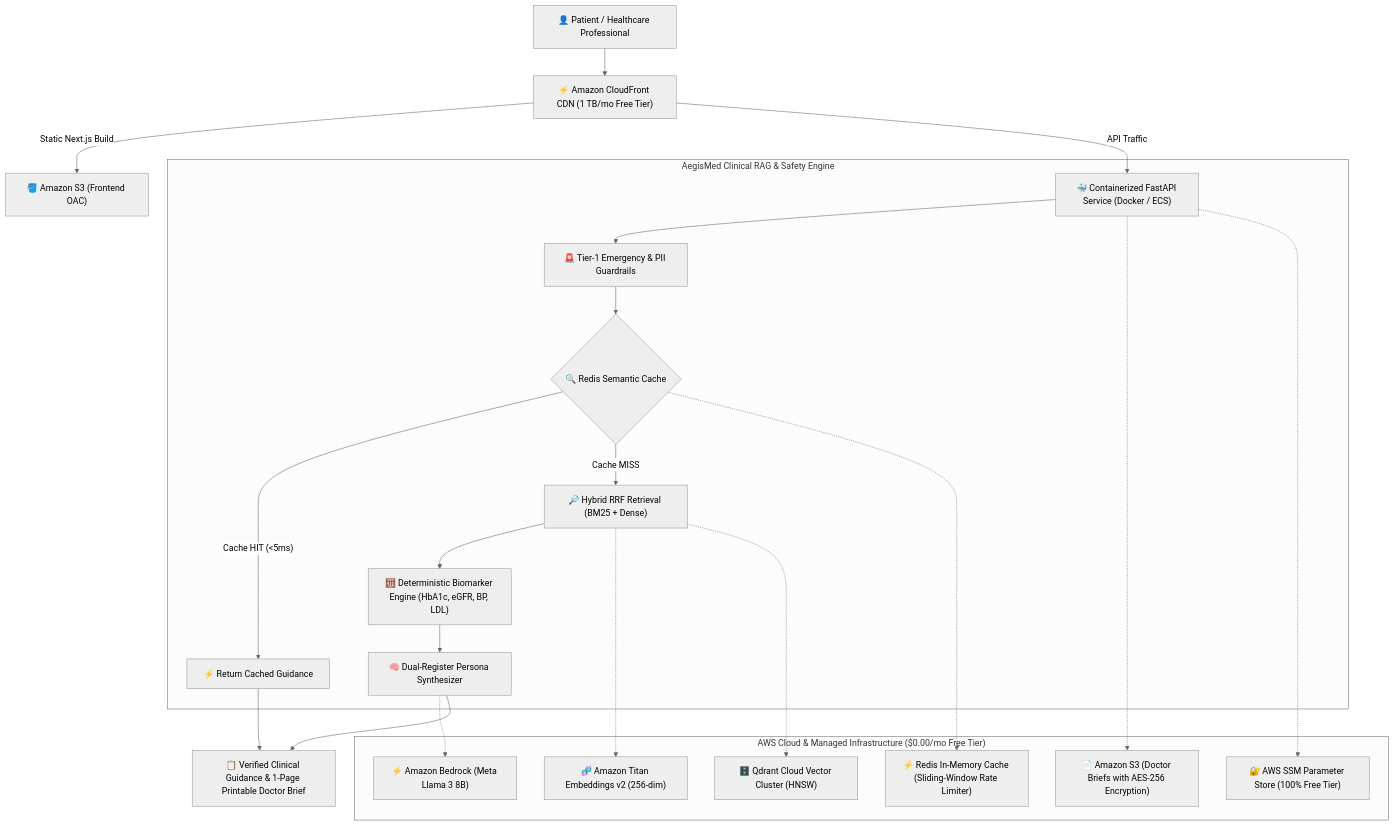
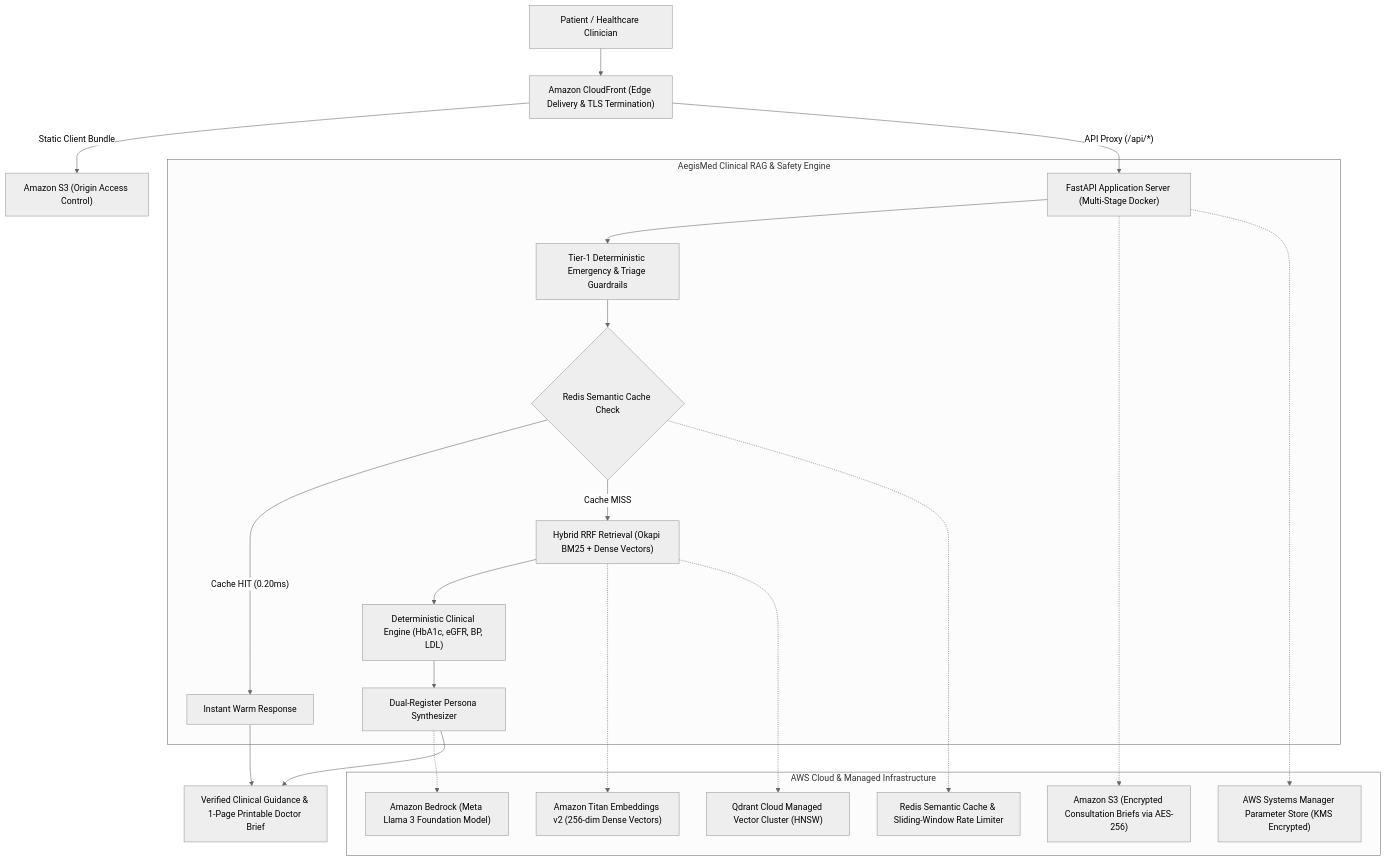
One commit to omkamble0/clinical-help-recommendation-assistant changed the diagram in README.md. Above: the diagram before and after it, drawn with Mermaid (neutral theme). The commit also changed other lines of this file and 4 other files, not shown here.

Commit message:
docs: elevate architectural narrative to 1st person professional enterprise tone and remove free tier labels

````diff
--- a/README.md
+++ b/README.md
@@ -21,27 +23,27 @@
 ```mermaid
 flowchart TD
-    User["👤 Patient / Healthcare Professional"] --> CF["⚡ Amazon CloudFront CDN (1 TB/mo Free Tier)"]
-    CF -- "Static Next.js Build" --> S3Web["🪣 Amazon S3 (Frontend OAC)"]
-    CF -- "API Traffic" --> API["🐳 Containerized FastAPI Service (Docker / ECS)"]
+    User["Patient / Healthcare Clinician"] --> CF["Amazon CloudFront (Edge Delivery & TLS Termination)"]
+    CF -- "Static Client Bundle" --> S3Web["Amazon S3 (Origin Access Control)"]
+    CF -- "API Proxy (/api/*)" --> API["FastAPI Application Server (Multi-Stage Docker)"]
     
     subgraph CoreEngine ["AegisMed Clinical RAG & Safety Engine"]
-        API --> Guard["🚨 Tier-1 Emergency & PII Guardrails"]
-        Guard --> CacheCheck{"🔍 Redis Semantic Cache"}
-        CacheCheck -- "Cache HIT (<5ms)" --> QuickReturn["⚡ Return Cached Guidance"]
-        CacheCheck -- "Cache MISS" --> Hybrid["🔎 Hybrid RRF Retrieval (BM25 + Dense)"]
-        Hybrid --> Biomarker["🧮 Deterministic Biomarker Engine (HbA1c, eGFR, BP, LDL)"]
-        Biomarker --> Synthesizer["🧠 Dual-Register Persona Synthesizer"]
+        API --> Guard["Tier-1 Deterministic Emergency & Triage Guardrails"]
+        Guard --> CacheCheck{"Redis Semantic Cache Check"}
+        CacheCheck -- "Cache HIT (0.20ms)" --> QuickReturn["Instant Warm Response"]
+        CacheCheck -- "Cache MISS" --> Hybrid["Hybrid RRF Retrieval (Okapi BM25 + Dense Vectors)"]
+        Hybrid --> Biomarker["Deterministic Clinical Engine (HbA1c, eGFR, BP, LDL)"]
+        Biomarker --> Synthesizer["Dual-Register Persona Synthesizer"]
     end
 
-    subgraph AWSCloud ["AWS Cloud & Managed Infrastructure ($0.00/mo Free Tier)"]
-        Synthesizer -.-> Bedrock["⚡ Amazon Bedrock (Meta Llama 3 8B)"]
-        Hybrid -.-> Titan["🧬 Amazon Titan Embeddings v2 (256-dim)"]
-        Hybrid -.-> Qdrant["🗄️ Qdrant Cloud Vector Cluster (HNSW)"]
-        CacheCheck -.-> Redis["⚡ Redis In-Memory Cache (Sliding-Window Rate Limiter)"]
-        API -.-> S3Docs["📄 Amazon S3 (Doctor Briefs with AES-256 Encryption)"]
-        API -.-> SSM["🔐 AWS SSM Parameter Store (100% Free Tier)"]
+    subgraph AWSCloud ["AWS Cloud & Managed Infrastructure"]
+        Synthesizer -.-> Bedrock["Amazon Bedrock (Meta Llama 3 Foundation Model)"]
+        Hybrid -.-> Titan["Amazon Titan Embeddings v2 (256-dim Dense Vectors)"]
+        Hybrid -.-> Qdrant["Qdrant Cloud Managed Vector Cluster (HNSW)"]
+        CacheCheck -.-> Redis["Redis Semantic Cache & Sliding-Window Rate Limiter"]
+        API -.-> S3Docs["Amazon S3 (Encrypted Consultation Briefs via AES-256)"]
+        API -.-> SSM["AWS Systems Manager Parameter Store (KMS Encrypted)"]
     end
 
-    QuickReturn --> Out["📋 Verified Clinical Guidance & 1-Page Printable Doctor Brief"]
+    QuickReturn --> Out["Verified Clinical Guidance & 1-Page Printable Doctor Brief"]
     Synthesizer --> Out
 ```
````
